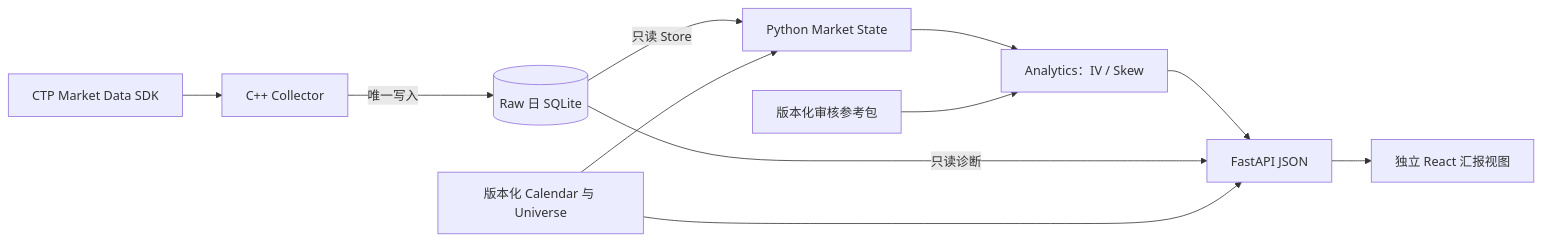
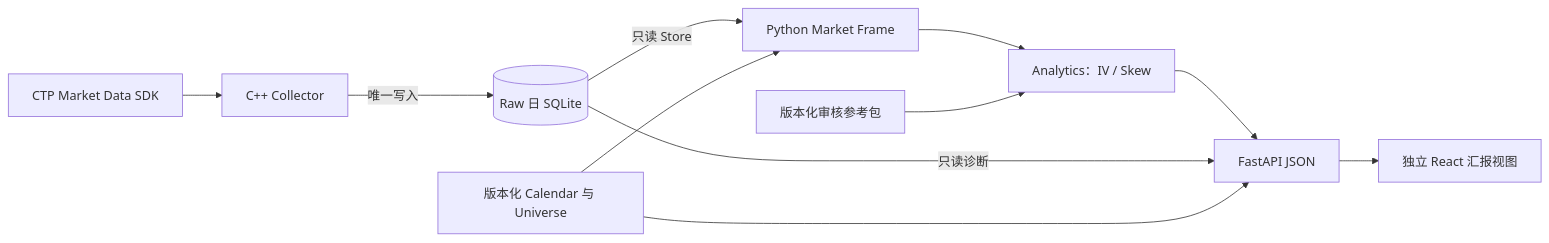
Before and after one commit to ougachakaaa/derivatives_monitor: the diagram in ARCHITECTURE.md, drawn with Mermaid. The commit also changed other lines of this file and 32 other files, not shown here.

````diff
--- a/ARCHITECTURE.md
+++ b/ARCHITECTURE.md
@@ -7,13 +7,13 @@
 ```mermaid
 flowchart LR
     CTP[CTP Market Data SDK] --> C[C++ Collector]
     C -->|唯一写入| RAW[(Raw 日 SQLite)]
-    RAW -->|只读 Store| MS[Python Market State]
+    RAW -->|只读 Store| MS[Python Market Frame]
     CAL[版本化 Calendar 与 Universe] --> MS
     MS --> A[Analytics：IV / Skew]
     REF[版本化审核参考包] --> A
     A --> API[FastAPI JSON]
     RAW -->|只读诊断| API
     CAL --> API
     API --> UI[独立 React 汇报视图]
 ```
````
